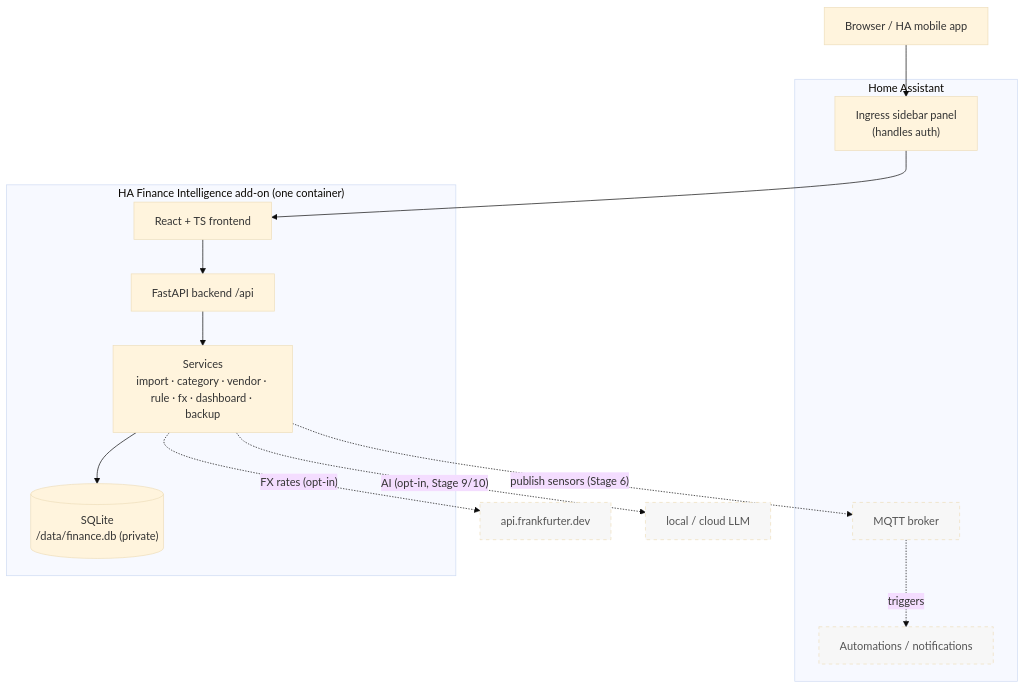
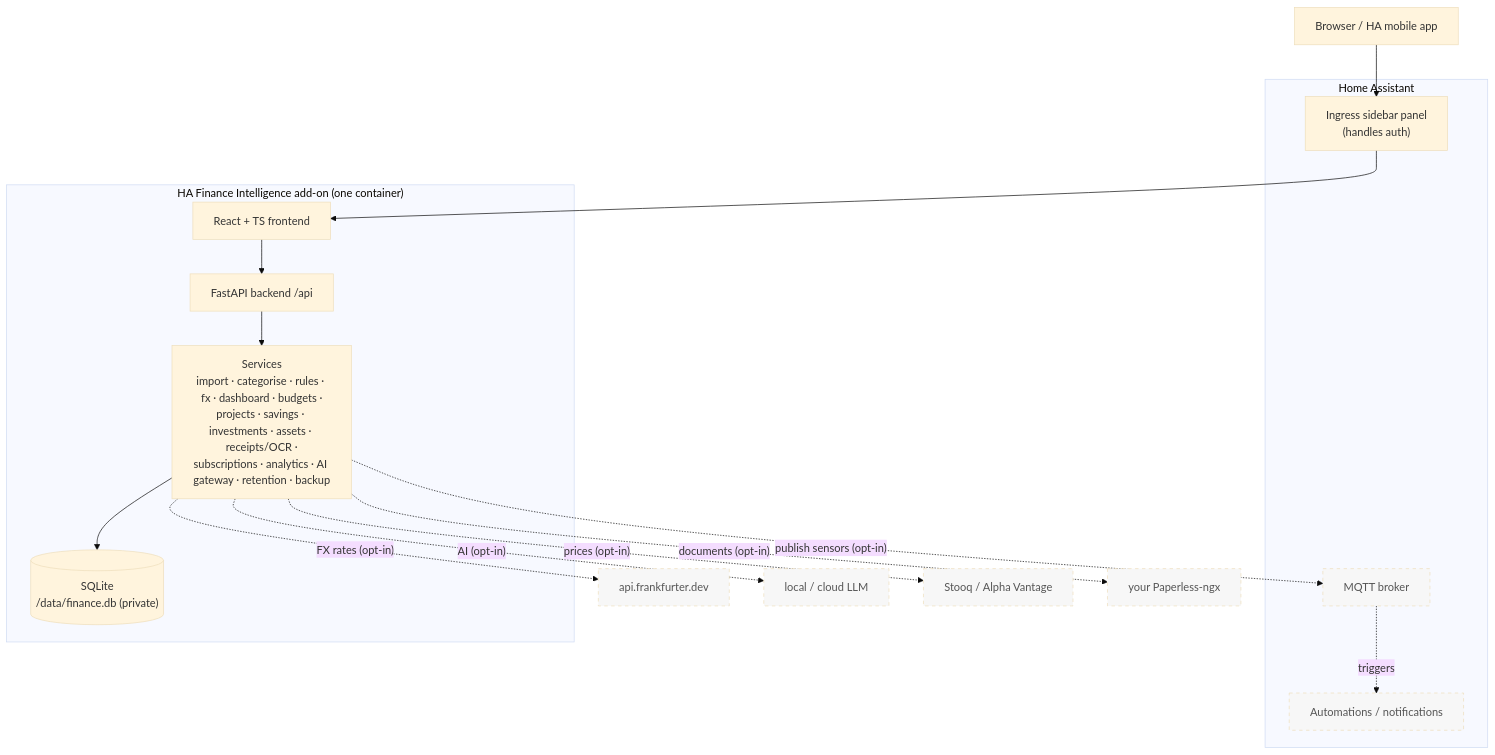
The first of 5 diagrams in docs/architecture.md (SpiritSLO-UK/HomeAssistant-expenses-analytics), drawn with Mermaid (base theme) before and after one commit. The commit also changed other lines of this file and 8 other files, not shown here.

````diff
--- a/docs/architecture.md
+++ b/docs/architecture.md
@@ -11,27 +11,29 @@
 ```mermaid
 flowchart TB
   user["Browser / HA mobile app"]
 
   subgraph ha["Home Assistant"]
     ingress["Ingress sidebar panel<br/>(handles auth)"]
     mqtt["MQTT broker"]
     autos["Automations / notifications"]
   end
 
   subgraph addon["HA Finance Intelligence add-on (one container)"]
     fe["React + TS frontend"]
     api["FastAPI backend /api"]
-    svc["Services<br/>import · category · vendor · rule · fx · dashboard · backup"]
+    svc["Services<br/>import · categorise · rules · fx · dashboard · budgets ·<br/>projects · savings · investments · assets · receipts/OCR ·<br/>subscriptions · analytics · AI gateway · retention · backup"]
     db[("SQLite<br/>/data/finance.db (private)")]
     fe --> api --> svc --> db
   end
 
   user --> ingress --> fe
-  svc -. "publish sensors (Stage 6)" .-> mqtt
+  svc -. "publish sensors (opt-in)" .-> mqtt
   mqtt -. triggers .-> autos
   svc -. "FX rates (opt-in)" .-> frank["api.frankfurter.dev"]
-  svc -. "AI (opt-in, Stage 9/10)" .-> ai["local / cloud LLM"]
+  svc -. "AI (opt-in)" .-> ai["local / cloud LLM"]
+  svc -. "prices (opt-in)" .-> px["Stooq / Alpha Vantage"]
+  svc -. "documents (opt-in)" .-> ppl["your Paperless-ngx"]
 
   classDef opt stroke-dasharray:5 5,fill:#f7f7f7,color:#555;
-  class mqtt,autos,frank,ai opt;
+  class mqtt,autos,frank,ai,px,ppl opt;
 ```
````
